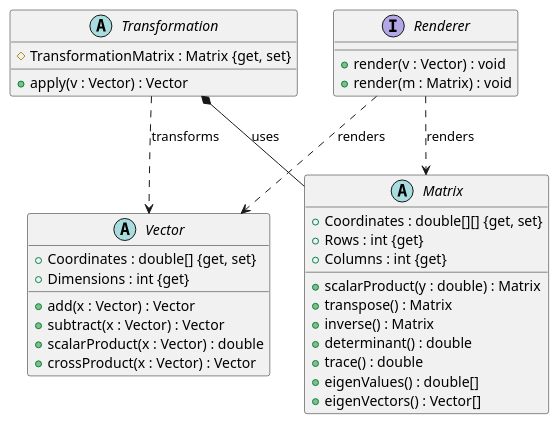
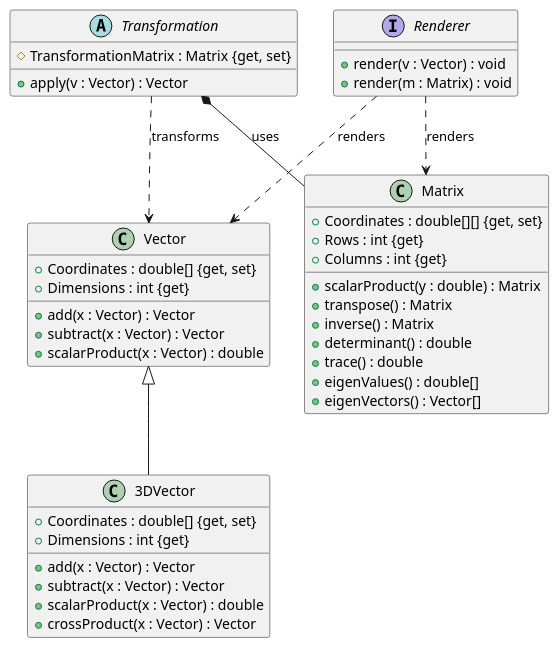
One commit to AyoubThemry/Eigenflow changed the diagram in docs/classdiagram.puml. Above: the diagram before and after it, drawn with PlantUML. The commit also changed 7 other files, not shown here.

Commit message:
Corrected Uml diagram cross Products only work for 3D vectors so 3D vectors need to be a specific child

```diff
--- a/docs/classdiagram.puml
+++ b/docs/classdiagram.puml
@@ -1,40 +1,50 @@
 @startuml
 
-abstract class Vector {
+class Vector {
+  + Coordinates : double[] {get, set}
+  + Dimensions : int {get}
+  + add(x : Vector) : Vector
+  + subtract(x : Vector) : Vector
+  + scalarProduct(x : Vector) : double
+  
+  
+}
+class 3DVector extends Vector  {
   + Coordinates : double[] {get, set}
   + Dimensions : int {get}
   + add(x : Vector) : Vector
   + subtract(x : Vector) : Vector
   + scalarProduct(x : Vector) : double
   + crossProduct(x : Vector) : Vector
+  
 }
 
-abstract class Matrix {
+class Matrix {
   + Coordinates : double[][] {get, set}
   + Rows : int {get}
   + Columns : int {get}
   + scalarProduct(y : double) : Matrix
   + transpose() : Matrix
   + inverse() : Matrix
   + determinant() : double
   + trace() : double
   + eigenValues() : double[]
   + eigenVectors() : Vector[]
 }
 
 abstract class Transformation {
   # TransformationMatrix : Matrix {get, set}
   + apply(v : Vector) : Vector
 }
 
 interface Renderer {
   + render(v : Vector) : void
   + render(m : Matrix) : void
 }
 
 Transformation *-- Matrix : uses
 Transformation ..> Vector : transforms
 Renderer ..> Vector : renders
 Renderer ..> Matrix : renders
 
 @enduml
```
